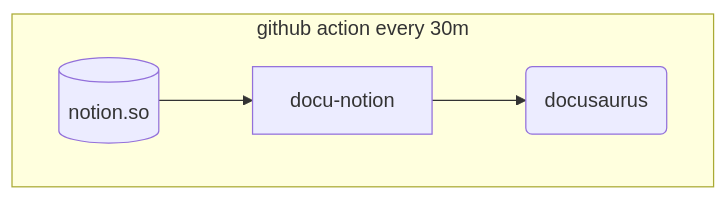
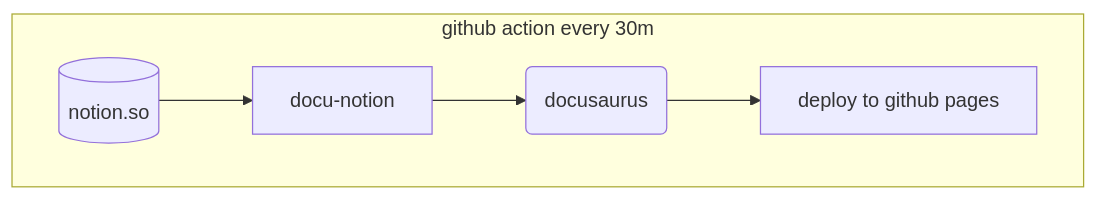
The diagram in blog/blog/How-this-blog-is-automated.md (dionjwa/dionjwa.github.io), drawn with Mermaid before and after one commit. The commit also changed other lines of this file, not shown here.

````diff
--- a/blog/blog/How-this-blog-is-automated.md
+++ b/blog/blog/How-this-blog-is-automated.md
@@ -21,13 +21,14 @@
 ```mermaid
 flowchart LR
     subgraph gh [github action every 30m]
         direction LR
         db[(notion.so)] --> D[docu-notion]
         D --> ds(docusaurus)
+        ds --> deploy[deploy to github pages ]
 
     end
   
   click D https://github.com/sillsdev/docu-notion
   click ds https://docusaurus.io/
   click db https://www.notion.so
 ```
````
